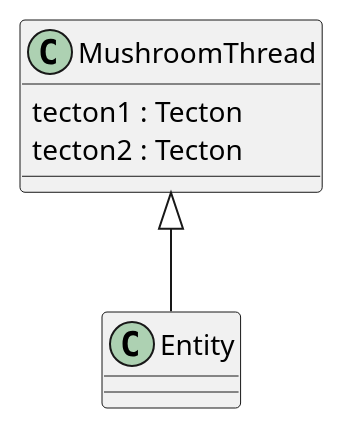
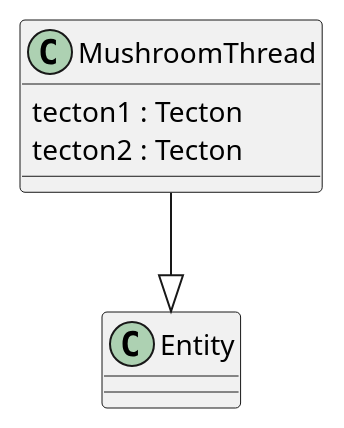
Before and after one commit to Petya-G/fungorium: the diagram in 3/classes/mushroomThread.puml, drawn with PlantUML. The commit also changed 6 other files, not shown here.

```diff
--- a/3/classes/mushroomThread.puml
+++ b/3/classes/mushroomThread.puml
@@ -1,8 +1,8 @@
 @startuml mushroomThread
 
-MushroomThread <|-- Entity
+MushroomThread --|> Entity
 class MushroomThread{
     tecton1 : Tecton
     tecton2 : Tecton
 }
 @enduml
```
